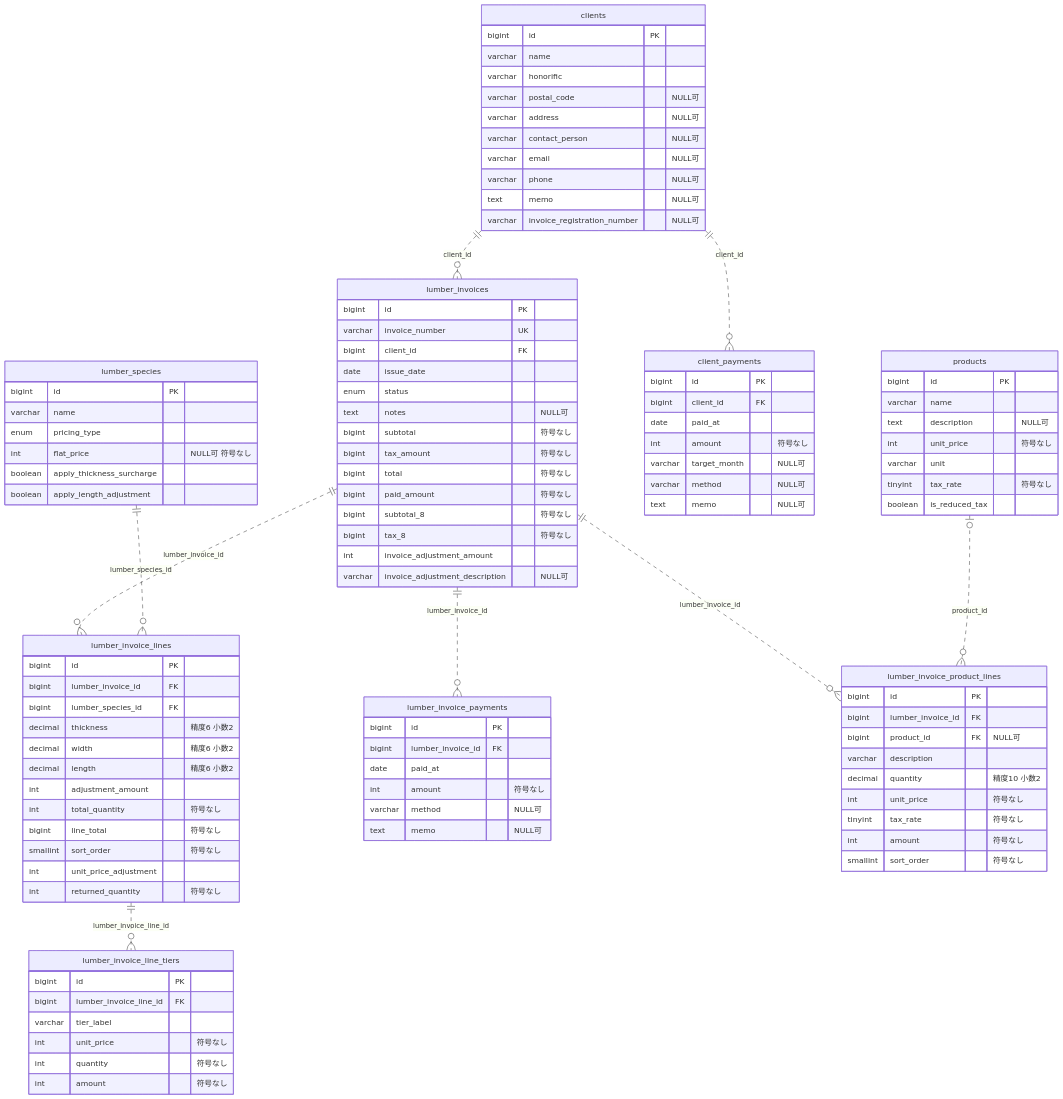
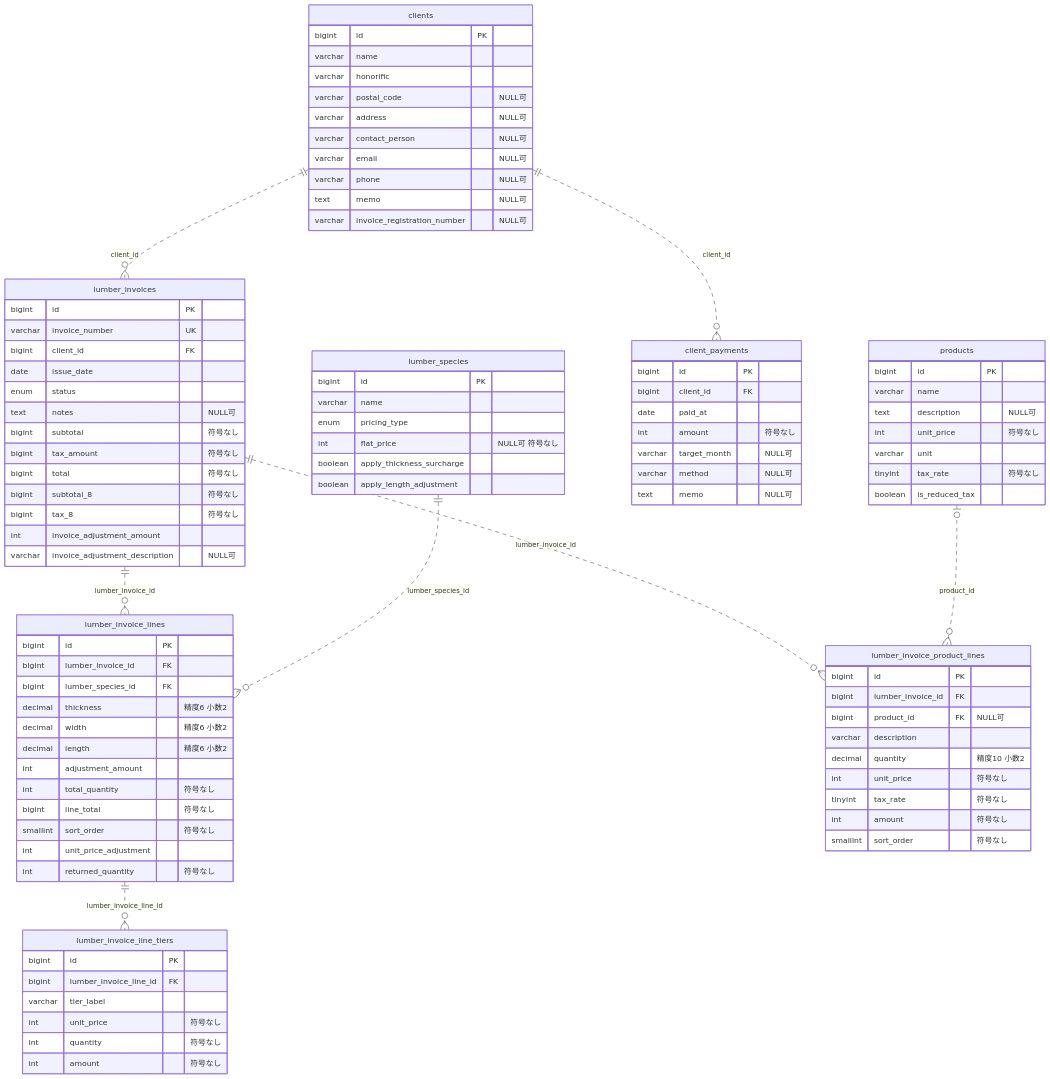
Before and after one commit to AliettaA/solo-backoffice: the first of 4 diagrams in docs/er-diagram.md, drawn with Mermaid. The commit also changed other lines of this file and 22 other files, not shown here.

```diff
--- a/docs/er-diagram.md
+++ b/docs/er-diagram.md
@@ -24,7 +24,6 @@
     lumber_invoices ||..o{ lumber_invoice_lines : "lumber_invoice_id"
     lumber_species ||..o{ lumber_invoice_lines : "lumber_species_id"
     lumber_invoice_lines ||..o{ lumber_invoice_line_tiers : "lumber_invoice_line_id"
-    lumber_invoices ||..o{ lumber_invoice_payments : "lumber_invoice_id"
     clients ||..o{ client_payments : "client_id"
     lumber_invoices ||..o{ lumber_invoice_product_lines : "lumber_invoice_id"
     products o|..o{ lumber_invoice_product_lines : "product_id"
@@ -50,7 +49,6 @@
         bigint subtotal "符号なし"
         bigint tax_amount "符号なし"
         bigint total "符号なし"
-        bigint paid_amount "符号なし"
         bigint subtotal_8 "符号なし"
         bigint tax_8 "符号なし"
         int invoice_adjustment_amount
@@ -106,14 +104,6 @@
         boolean apply_thickness_surcharge
         boolean apply_length_adjustment
     }
-    lumber_invoice_payments {
-        bigint id PK
-        bigint lumber_invoice_id FK
-        date paid_at
-        int amount "符号なし"
-        varchar method "NULL可"
-        text memo "NULL可"
-    }
     client_payments {
         bigint id PK
         bigint client_id FK
```
